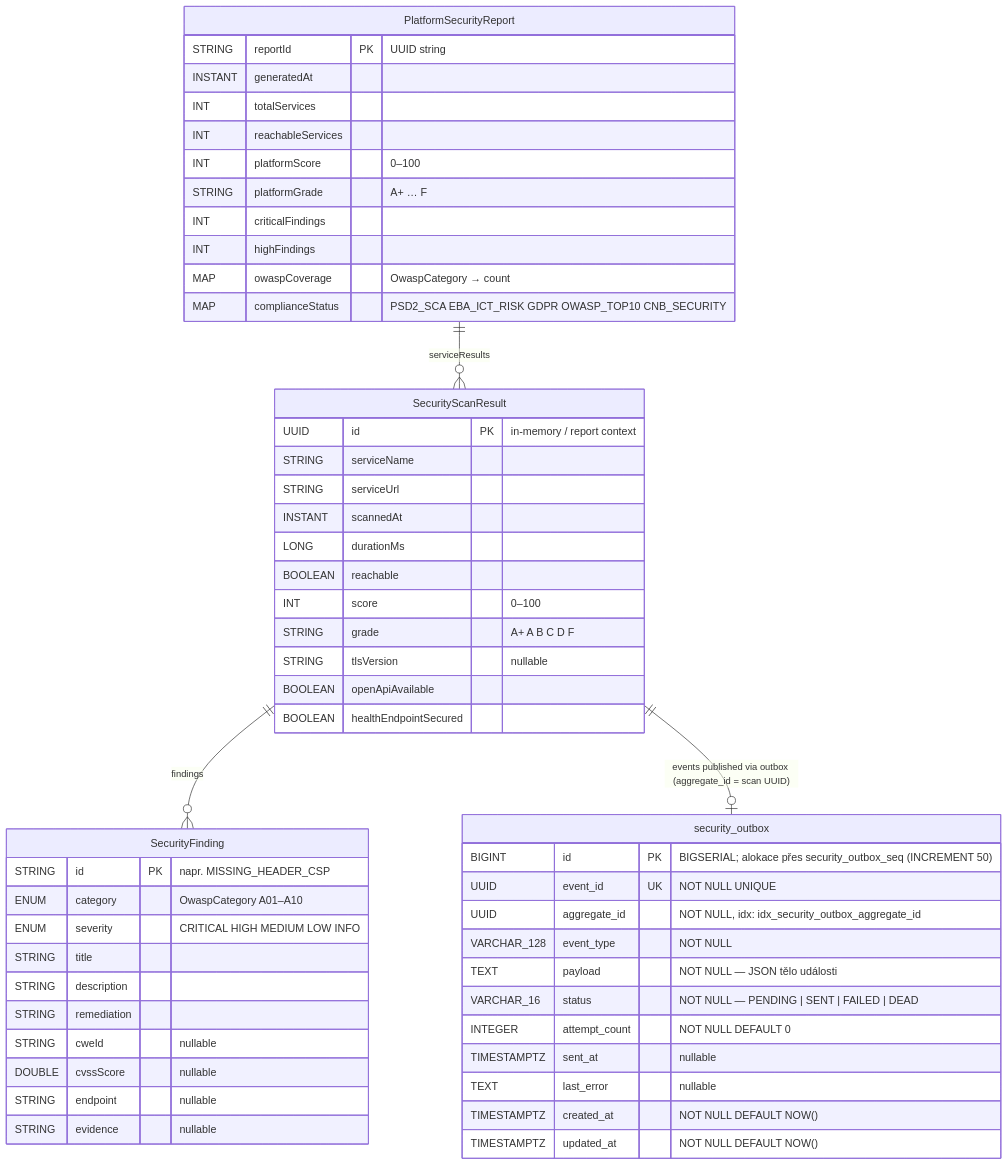
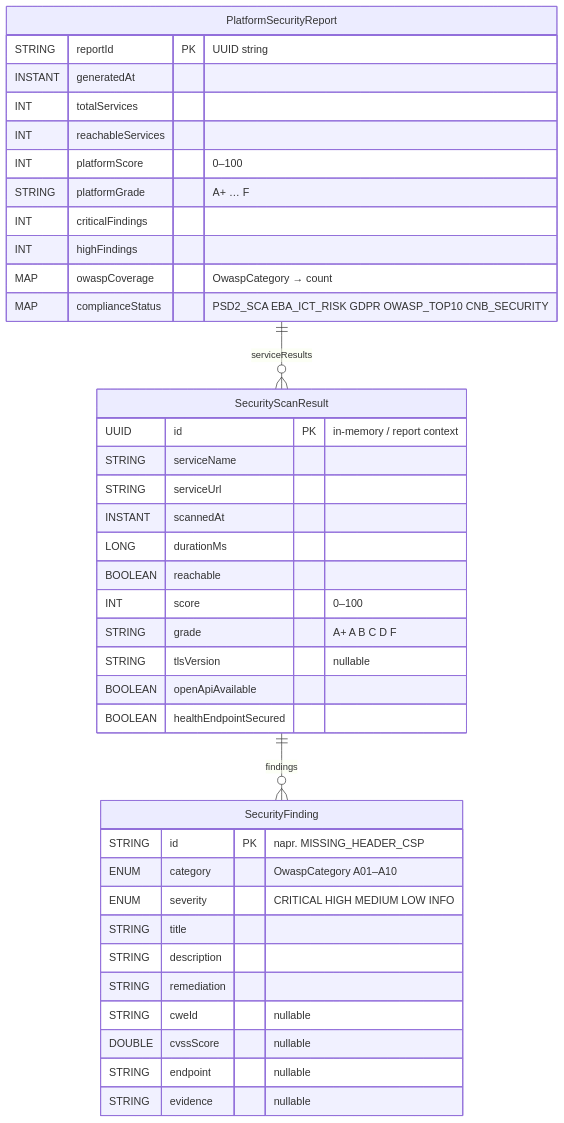
One commit to JiRaska/open-bank-oss changed the diagram in openbank-security-scanner/src/main/resources/diagrams/02-er-schema.mmd. Above: the diagram before and after it, drawn with Mermaid. The commit also changed 28 other files, not shown here.

```diff
--- a/openbank-security-scanner/src/main/resources/diagrams/02-er-schema.mmd
+++ b/openbank-security-scanner/src/main/resources/diagrams/02-er-schema.mmd
@@ -1,60 +1,50 @@
-%% title: Security Scanner — ER Schema (odvozeno z Flyway migrací V2–V3 + doménového modelu)
+%% title: Security Scanner — doménový model (žádné DB tabulky; #4709)
+%% Služba nic neperzistuje. Jediná tabulka `security_outbox` (V2/V3) neměla nikdy zapisovatele
+%% a byla zahozena migrací V4 — databáze drží už jen flyway_schema_history. Všechny entity níže
+%% žijí v paměti (ConcurrentHashMap) a po restartu podu zanikají; nejde tedy o ER schéma
+%% databáze, ale o tvar doménového modelu za REST reportem.
 erDiagram
 
-    security_outbox {
-        BIGINT id PK "BIGSERIAL; alokace přes security_outbox_seq (INCREMENT 50)"
-        UUID event_id UK "NOT NULL UNIQUE"
-        UUID aggregate_id "NOT NULL, idx: idx_security_outbox_aggregate_id"
-        VARCHAR_128 event_type "NOT NULL"
-        TEXT payload "NOT NULL — JSON tělo události"
-        VARCHAR_16 status "NOT NULL — PENDING | SENT | FAILED | DEAD"
-        INTEGER attempt_count "NOT NULL DEFAULT 0"
-        TIMESTAMPTZ sent_at "nullable"
-        TEXT last_error "nullable"
-        TIMESTAMPTZ created_at "NOT NULL DEFAULT NOW()"
-        TIMESTAMPTZ updated_at "NOT NULL DEFAULT NOW()"
-    }
 
     SecurityScanResult {
         UUID id PK "in-memory / report context"
         STRING serviceName
         STRING serviceUrl
         INSTANT scannedAt
         LONG durationMs
         BOOLEAN reachable
         INT score "0–100"
         STRING grade "A+ A B C D F"
         STRING tlsVersion "nullable"
         BOOLEAN openApiAvailable
         BOOLEAN healthEndpointSecured
     }
 
     SecurityFinding {
         STRING id PK "napr. MISSING_HEADER_CSP"
         ENUM category "OwaspCategory A01–A10"
         ENUM severity "CRITICAL HIGH MEDIUM LOW INFO"
         STRING title
         STRING description
         STRING remediation
         STRING cweId "nullable"
         DOUBLE cvssScore "nullable"
         STRING endpoint "nullable"
         STRING evidence "nullable"
     }
 
     PlatformSecurityReport {
         STRING reportId PK "UUID string"
         INSTANT generatedAt
         INT totalServices
         INT reachableServices
         INT platformScore "0–100"
         STRING platformGrade "A+ … F"
         INT criticalFindings
         INT highFindings
         MAP owaspCoverage "OwaspCategory → count"
         MAP complianceStatus "PSD2_SCA EBA_ICT_RISK GDPR OWASP_TOP10 CNB_SECURITY"
     }
 
     PlatformSecurityReport ||--o{ SecurityScanResult : "serviceResults"
     SecurityScanResult ||--o{ SecurityFinding : "findings"
-    SecurityScanResult ||--o| security_outbox : "events published via outbox (aggregate_id = scan UUID)"
```
